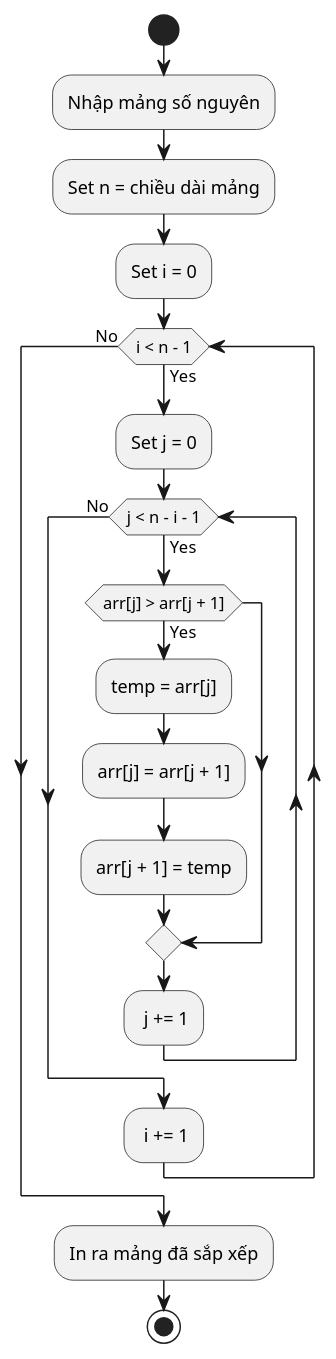
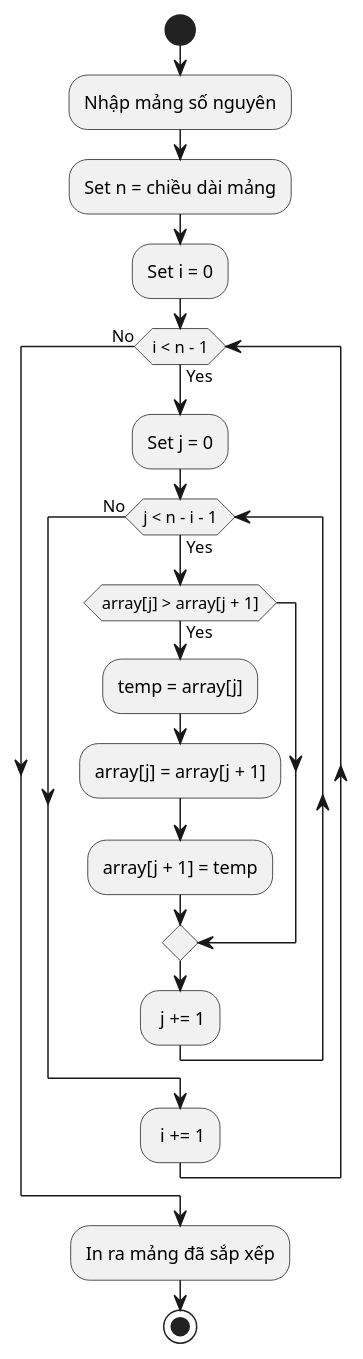
One commit to manhcuongno3/SET-619 changed the diagram in e5/5.puml. Above: the diagram before and after it, drawn with PlantUML. The commit also changed 13 other files, not shown here.

```diff
--- a/e5/5.puml
+++ b/e5/5.puml
@@ -1,20 +1,20 @@
 @startuml 5
 start
 :Nhập mảng số nguyên;
 :Set n = chiều dài mảng;
 :Set i = 0;
 while (i < n - 1) is (Yes)
     :Set j = 0;
     while (j < n - i - 1) is (Yes)
-        if (arr[j] > arr[j + 1]) then (Yes)
-            :temp = arr[j];
-            :arr[j] = arr[j + 1];
-            :arr[j + 1] = temp;
+        if (array[j] > array[j + 1]) then (Yes)
+            :temp = array[j];
+            :array[j] = array[j + 1];
+            :array[j + 1] = temp;
         endif
         : j += 1;
     endwhile (No)
     : i += 1;
 endwhile (No)
 :In ra mảng đã sắp xếp;
 stop
 @enduml
```
